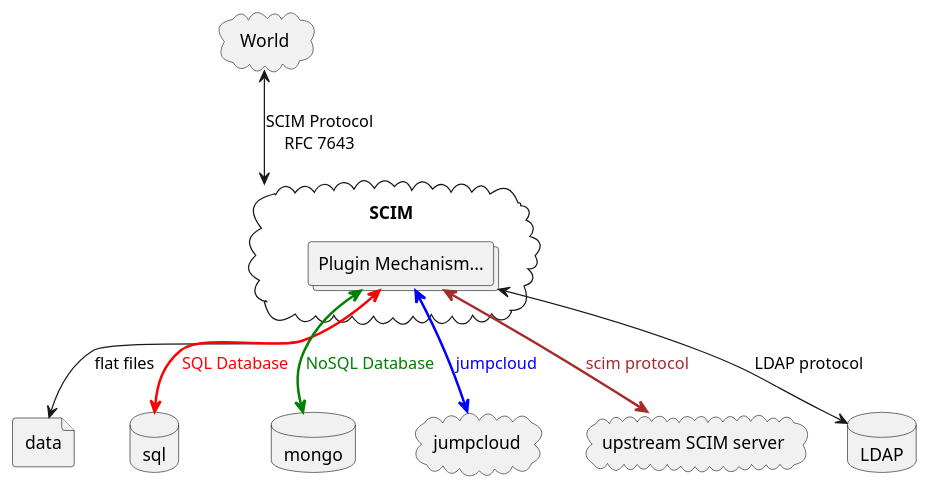
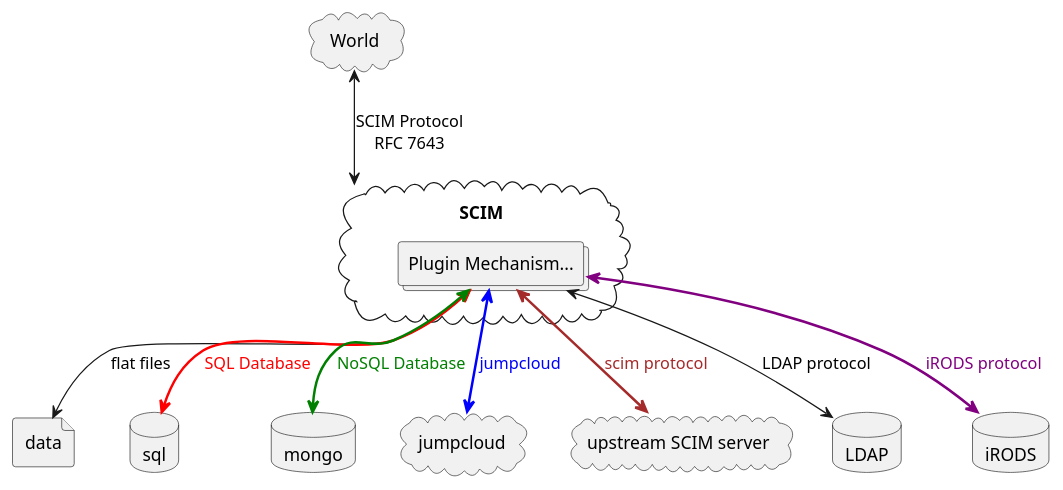
The diagram in data.iuml (HarryKodden/scim), drawn with PlantUML before and after one commit. The commit also changed 8 other files, not shown here.

Commit message:
added iRODS plugin

```diff
--- a/data.iuml
+++ b/data.iuml
@@ -2,23 +2,25 @@
 @startuml
 cloud World
 
 cloud SCIM {
   collections plugin as "Plugin Mechanism..."
 }
 
 World <--> SCIM: SCIM Protocol\nRFC 7643
 
 file data
 database sql
 database mongo
 cloud jumpcloud
 cloud scim as "upstream SCIM server"
 database ldap as "LDAP"
+database irods as "iRODS"
 
 plugin <--> data : flat files
 plugin <--> sql #line:red;line.bold;text:red : SQL Database
 plugin <--> mongo #green;line.bold;text:green : NoSQL Database
 plugin <--> jumpcloud #blue;line.bold;text:blue : jumpcloud
 plugin <--> scim #brown;line.bold;text:brown : scim protocol
 plugin <--> ldap : LDAP protocol
+plugin <--> irods #purple;line.bold;text:purple : iRODS protocol
 @enduml
```
